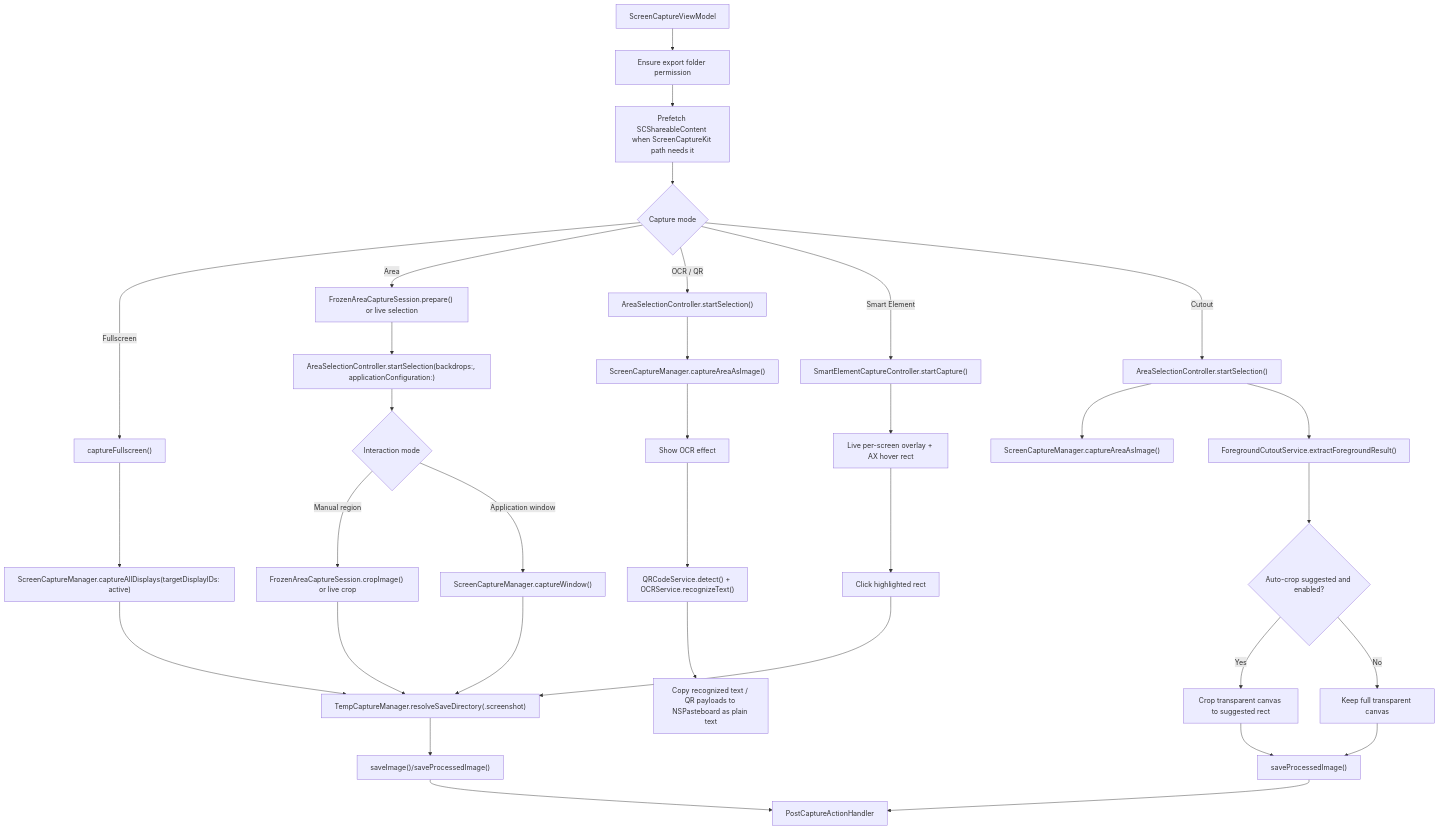
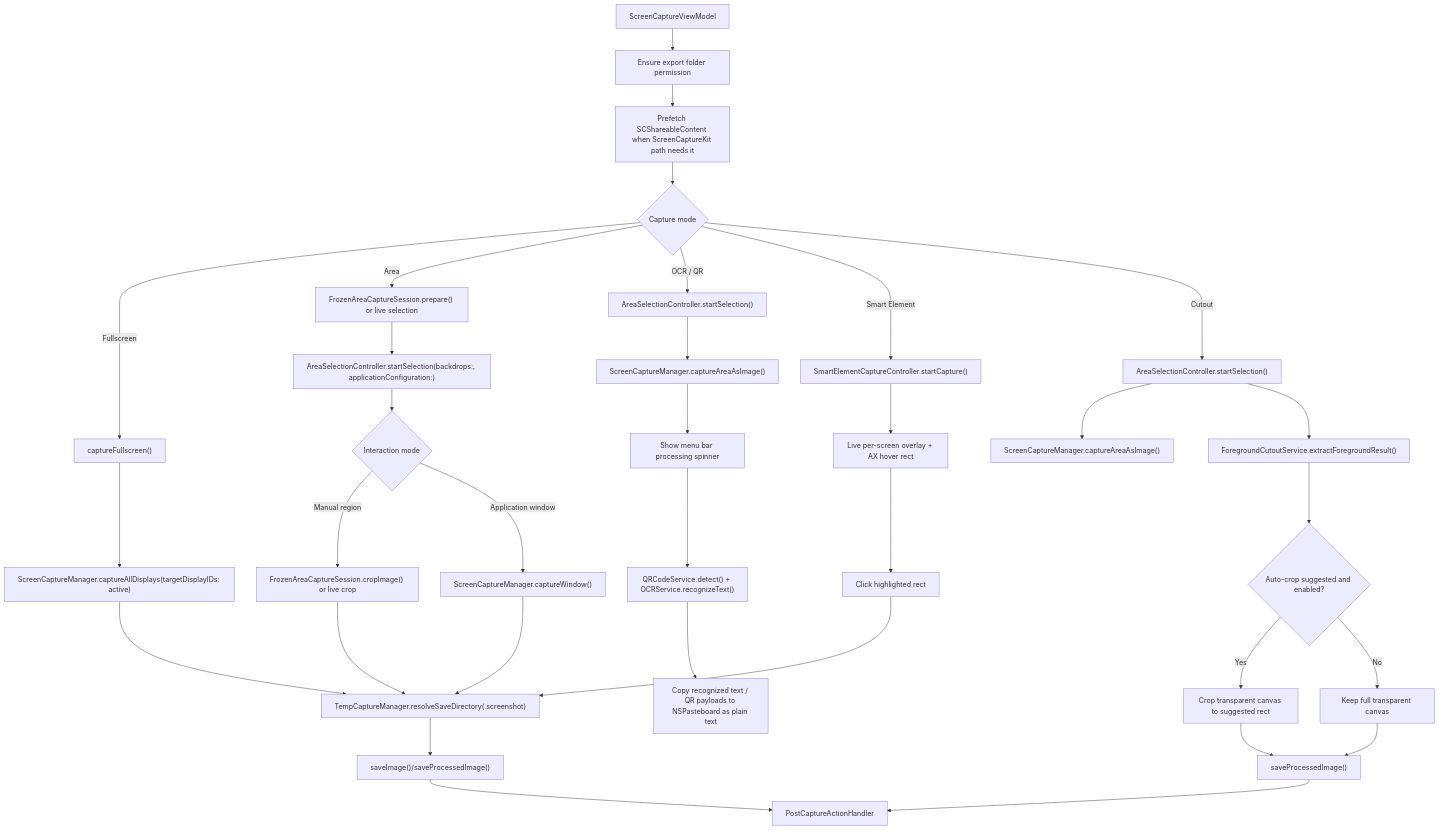
The second of 2 diagrams in docs/CAPTURE.md (duongductrong/Snapzy), drawn with Mermaid before and after one commit. The commit also changed other lines of this file and 60 other files, not shown here.

````diff
--- a/docs/CAPTURE.md
+++ b/docs/CAPTURE.md
@@ -53,42 +53,42 @@
 ```mermaid
 flowchart TD
     A["ScreenCaptureViewModel"] --> B["Ensure export folder permission"]
     B --> C["Prefetch SCShareableContent when ScreenCaptureKit path needs it"]
     C --> D{"Capture mode"}
 
     D -->|Fullscreen| E["captureFullscreen()"]
     D -->|Area| F["FrozenAreaCaptureSession.prepare() or live selection"]
     D -->|OCR / QR| G["AreaSelectionController.startSelection()"]
     D -->|Smart Element| G0["SmartElementCaptureController.startCapture()"]
     D -->|Cutout| H["AreaSelectionController.startSelection()"]
 
     E --> I["ScreenCaptureManager.captureAllDisplays(targetDisplayIDs: active)"]
     F --> J["AreaSelectionController.startSelection(backdrops:, applicationConfiguration:)"]
     J --> K{"Interaction mode"}
     K -->|Manual region| K1["FrozenAreaCaptureSession.cropImage() or live crop"]
     K -->|Application window| K2["ScreenCaptureManager.captureWindow()"]
     G --> L["ScreenCaptureManager.captureAreaAsImage()"]
     H --> M["ScreenCaptureManager.captureAreaAsImage()"]
 
     I --> N["TempCaptureManager.resolveSaveDirectory(.screenshot)"]
     K1 --> N
     K2 --> N
     N --> O["saveImage()/saveProcessedImage()"]
     O --> P["PostCaptureActionHandler"]
 
-    L --> Q0["Show OCR effect"]
+    L --> Q0["Show menu bar processing spinner"]
     Q0 --> Q["QRCodeService.detect() + OCRService.recognizeText()"]
     Q --> R["Copy recognized text / QR payloads to NSPasteboard as plain text"]
 
     G0 --> G1["Live per-screen overlay + AX hover rect"]
     G1 --> G2["Click highlighted rect"]
     G2 --> N
 
     H --> S["ForegroundCutoutService.extractForegroundResult()"]
     S --> T{"Auto-crop suggested and enabled?"}
     T -->|Yes| U["Crop transparent canvas to suggested rect"]
     T -->|No| V["Keep full transparent canvas"]
     U --> W["saveProcessedImage()"]
     V --> W
     W --> P
 ```
````
